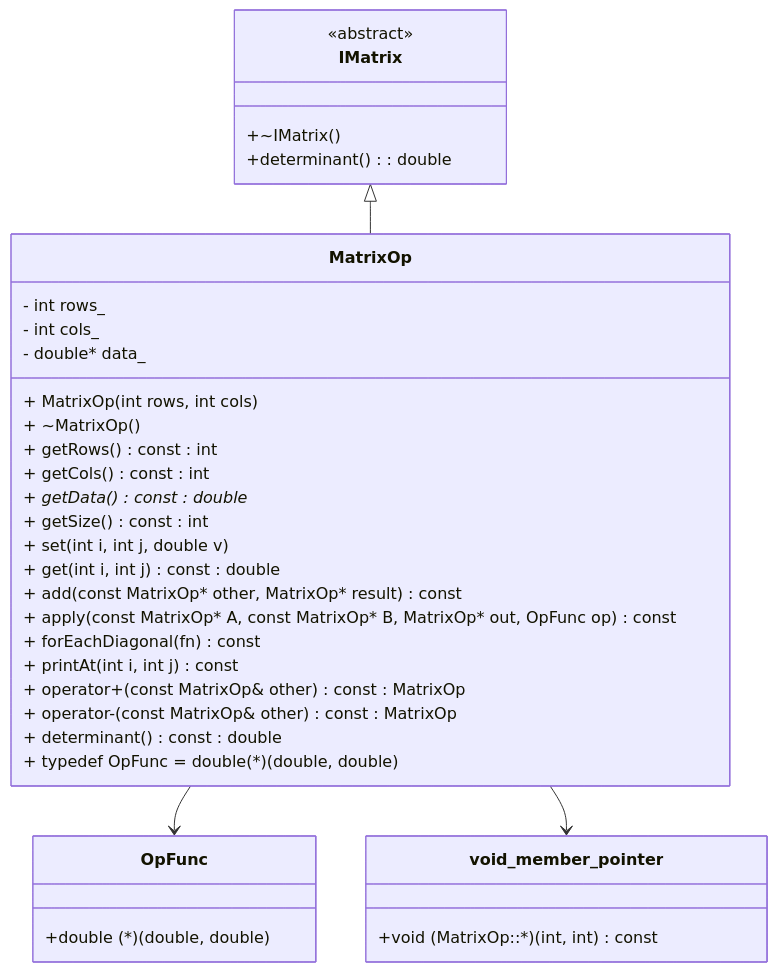
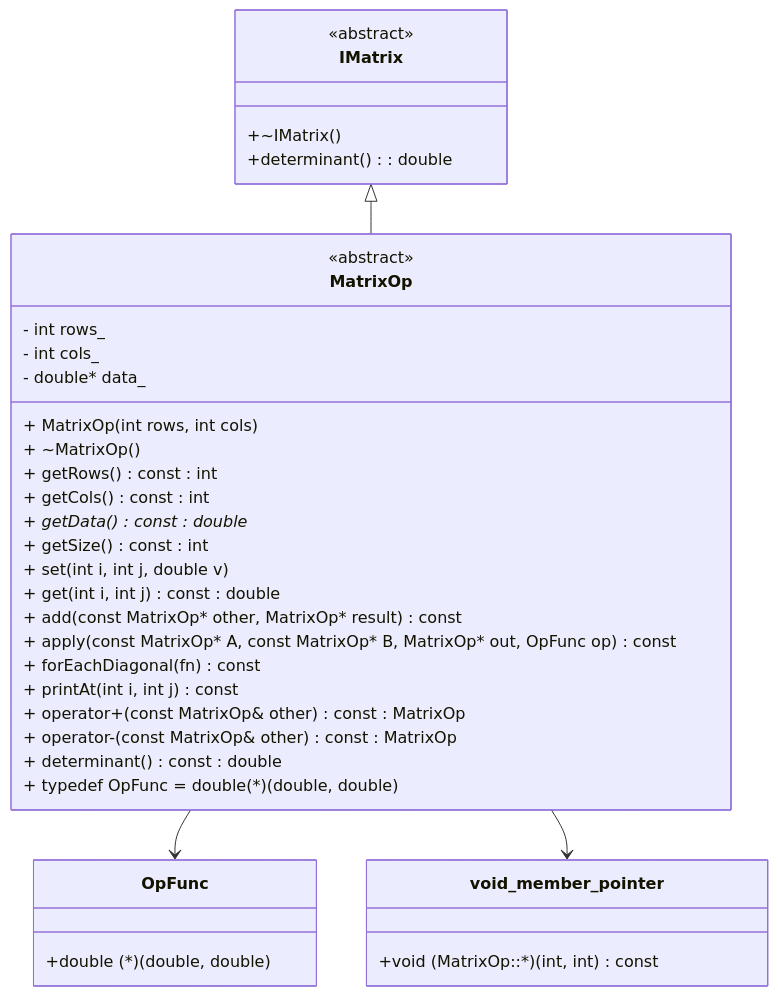
The diagram in README.md (EmiMon-456/Polimorfismo), drawn with Mermaid before and after one commit.

Commit message:
Add abstract label to MatrixOp class in README.md

````diff
--- a/README.md
+++ b/README.md
@@ -5,44 +5,45 @@
 ```mermaid
 classDiagram
     class IMatrix {
         <<abstract>>
         +~IMatrix()
         +determinant() : double
     }
 
     class MatrixOp {
+        <<abstract>>
         - int rows_
         - int cols_
         - double* data_
         + MatrixOp(int rows, int cols)
         + ~MatrixOp()
         + getRows() const : int
         + getCols() const : int
         + getData() const : double*
         + getSize() const : int
         + set(int i, int j, double v)
         + get(int i, int j) const : double
         + add(const MatrixOp* other, MatrixOp* result) const
         + apply(const MatrixOp* A, const MatrixOp* B, MatrixOp* out, OpFunc op) const
         + forEachDiagonal(fn) const
         + printAt(int i, int j) const
         + operator+(const MatrixOp& other) const : MatrixOp
         + operator-(const MatrixOp& other) const : MatrixOp
         + determinant() const : double
         + typedef OpFunc = double(*)(double, double)
     }
 
     IMatrix <|-- MatrixOp
 
     %% Relaciones de uso (punteros a función y miembro)
     MatrixOp --> OpFunc
     MatrixOp --> void_member_pointer
 
     class OpFunc {
         +double (*)(double, double)
     }
 
     class void_member_pointer {
         +void (MatrixOp::*)(int, int) const
     }
 ```
````
